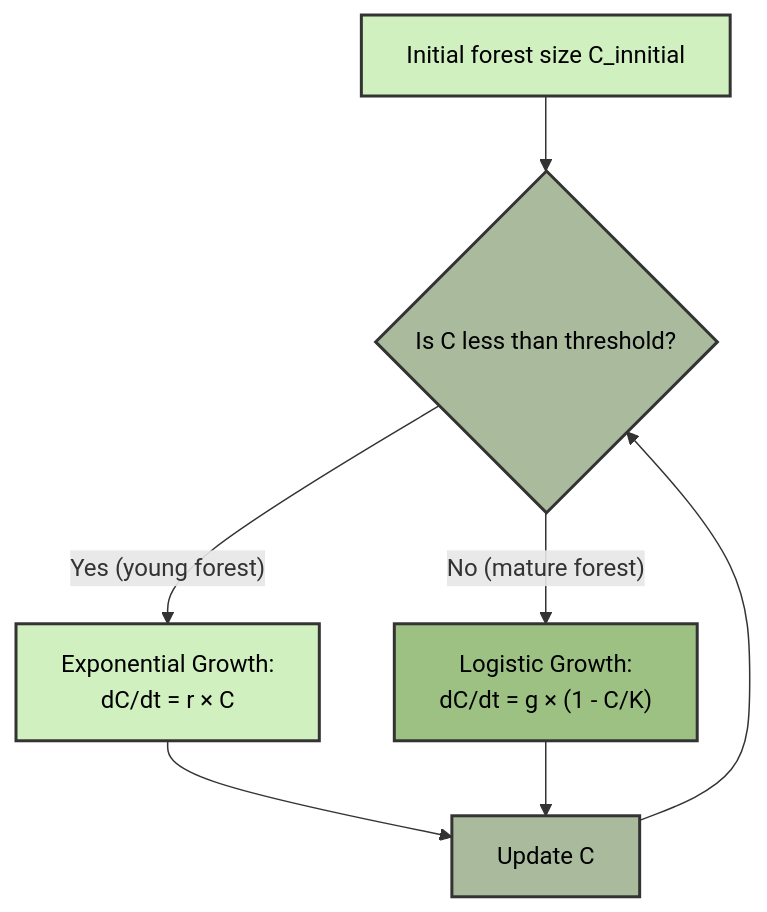
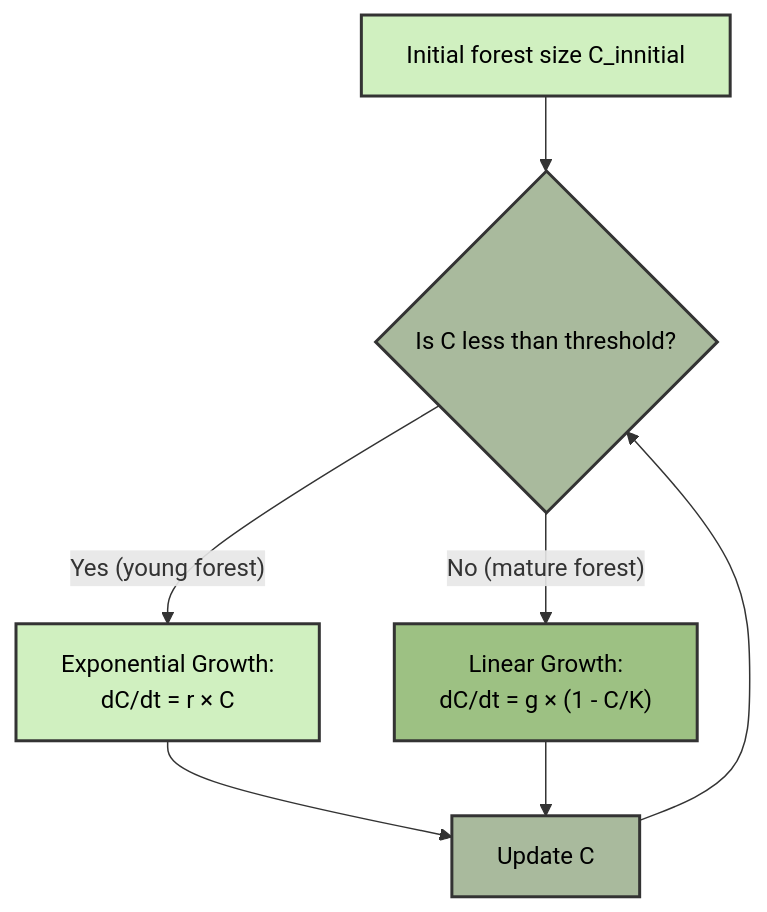
The diagram in Forest_growth_rate_with_ode.qmd (oksanaprotsukha/forest_growth_with_sobol_and_ode), drawn with Mermaid before and after one commit. The commit also changed other lines of this file and 2 other files, not shown here.

Commit message:
Updated model diagram

````diff
--- a/Forest_growth_rate_with_ode.qmd
+++ b/Forest_growth_rate_with_ode.qmd
@@ -21,21 +25,21 @@
 ```{mermaid}
 %%| label: fig-mermaid
 %%| fig-width: 6
 %%| fig-cap: |
 %%|   Model of a forest growth from young to mature at a certain threshold C
 flowchart TD
     A[Initial forest size C_innitial] --> B{"Is C less than threshold?"}
     B -->|"Yes (young forest)"| C["Exponential Growth: 
     dC/dt = r × C"]
-    B -->|"No (mature forest)"| D["Logistic Growth: 
+    B -->|"No (mature forest)"| D["Linear Growth: 
     dC/dt = g × (1 - C/K)"]
     C --> E[Update C]
     D --> E
     E --> B
     
     style A fill:#D0F0C0,stroke:#333,stroke-width:2px, color:#000000
     style B fill:#A9BA9D,stroke:#333,stroke-width:2px, color:#000000
     style C fill:#D0F0C0,stroke:#333,stroke-width:2px, color:#000000
     style D fill:#9DC183,stroke:#333,stroke-width:2px, color:#000000
     style E fill:#A9BA9D,stroke:#333,stroke-width:2px, color:#000000
 ```
````
